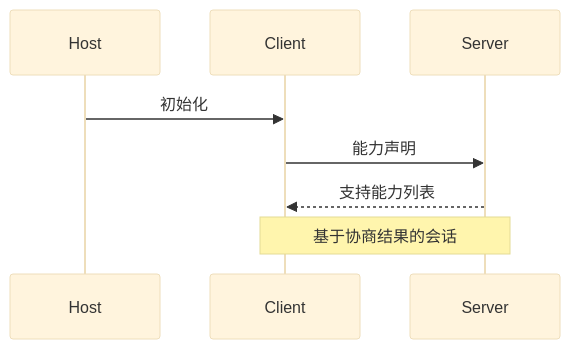
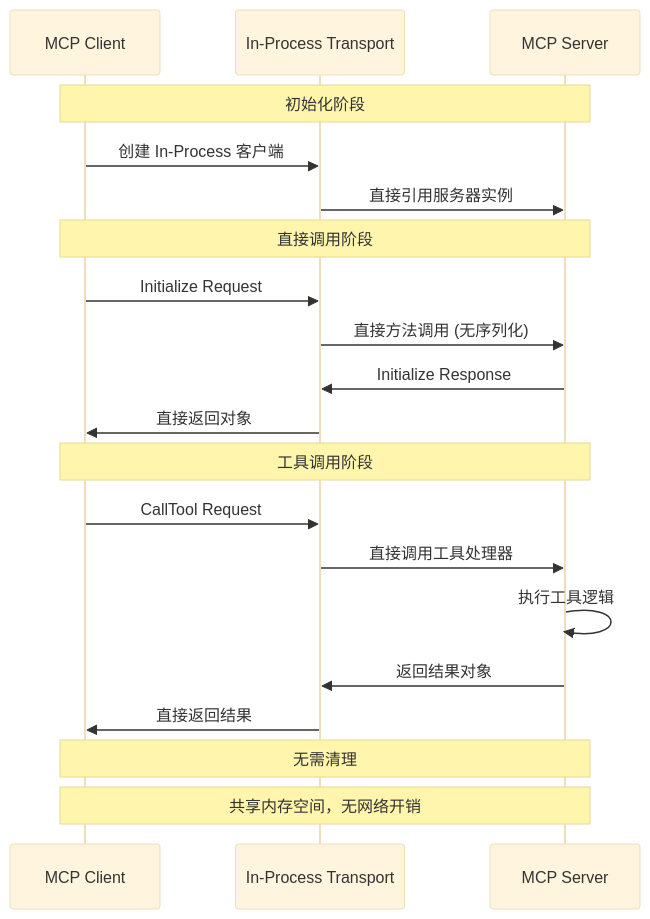
One commit to sjzsdu/tong-notes changed the fourth of 7 diagrams in content/posts/ai/mcp/mcp.md. Above: the diagram before and after it, drawn with Mermaid (base theme). The commit also changed other lines of this file and 57 other files, not shown here.

````diff
--- a/content/posts/ai/mcp/mcp.md
+++ b/content/posts/ai/mcp/mcp.md
@@ -157,10 +116,26 @@
 ```mermaid
 sequenceDiagram
-    participant H as Host
-    participant C as Client
-    participant S as Server
-    H->>C: 初始化
-    C->>S: 能力声明
-    S-->>C: 支持能力列表
-    Note over C,S: 基于协商结果的会话
+    participant C as MCP Client
+    participant IP as In-Process Transport
+    participant S as MCP Server
+    
+    Note over C,S: 初始化阶段
+    C->>IP: 创建 In-Process 客户端
+    IP->>S: 直接引用服务器实例
+    
+    Note over C,S: 直接调用阶段
+    C->>IP: Initialize Request
+    IP->>S: 直接方法调用 (无序列化)
+    S->>IP: Initialize Response
+    IP->>C: 直接返回对象
+    
+    Note over C,S: 工具调用阶段
+    C->>IP: CallTool Request
+    IP->>S: 直接调用工具处理器
+    S->>S: 执行工具逻辑
+    S->>IP: 返回结果对象
+    IP->>C: 直接返回结果
+    
+    Note over C,S: 无需清理
+    Note over C,S: 共享内存空间，无网络开销
 ```
````
